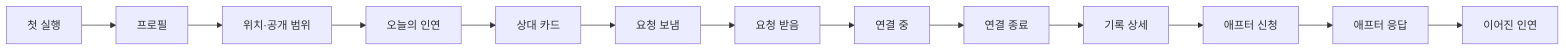
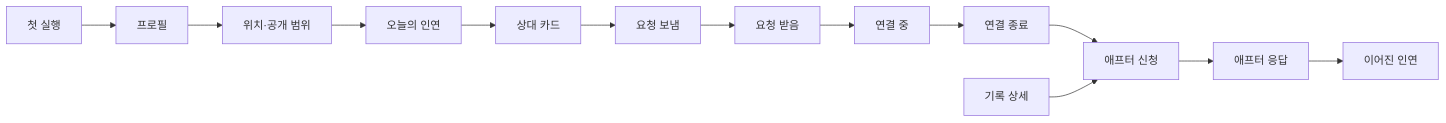
Before and after one commit to kako-labs/chayeon: the diagram in docs/design/README.md, drawn with Mermaid. The commit also changed other lines of this file and 94 other files, not shown here.

````diff
--- a/docs/design/README.md
+++ b/docs/design/README.md
@@ -64,6 +64,7 @@
 ```mermaid
 flowchart LR
   A["첫 실행"] --> B["프로필"] --> C["위치·공개 범위"] --> D["오늘의 인연"]
   D --> E["상대 카드"] --> F["요청 보냄"] --> G["요청 받음"] --> H["연결 중"]
-  H --> I["연결 종료"] --> J["기록 상세"] --> K["애프터 신청"] --> L["애프터 응답"] --> M["이어진 인연"]
+  H --> I["연결 종료"] --> K["애프터 신청"] --> L["애프터 응답"] --> M["이어진 인연"]
+  J["기록 상세"] --> K
 ```
````
